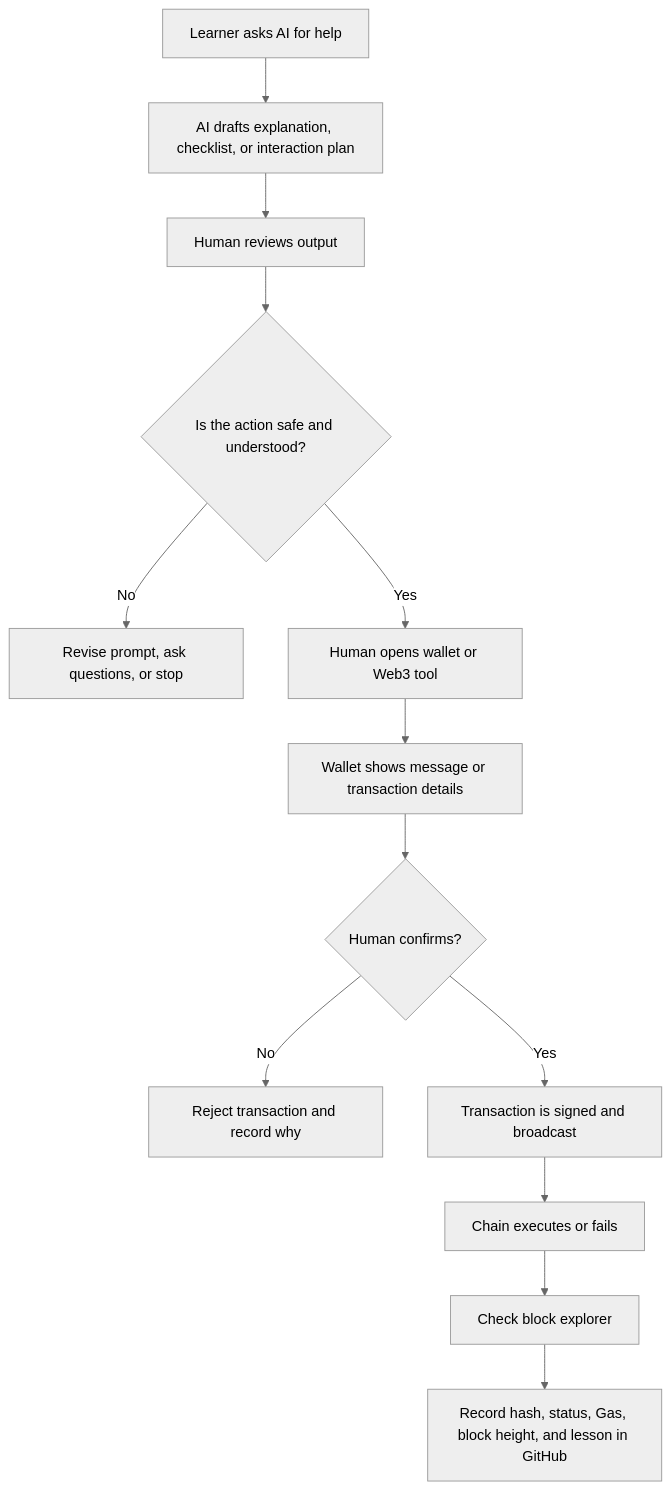
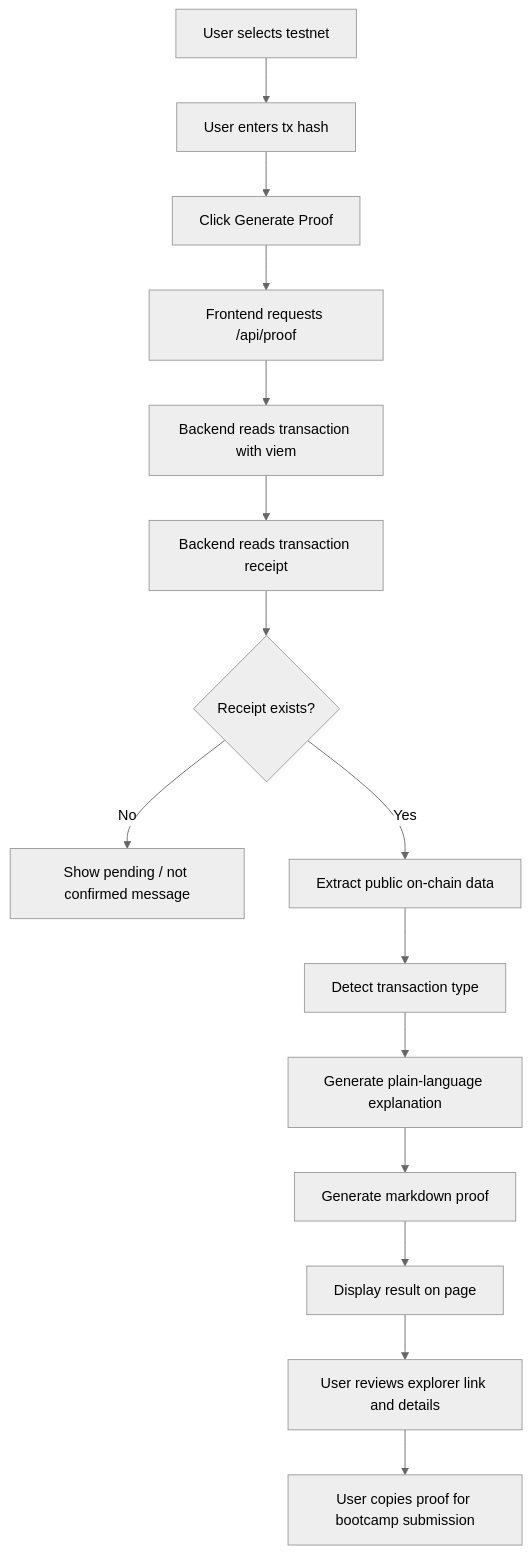
One commit to dylan070620/ai-web3-school-cohort-0 changed the diagram in demos/week-01-ai-web3-flow.md. Above: the diagram before and after it, drawn with Mermaid (neutral theme). The commit also changed other lines of this file and 1 other file, not shown here.

Commit message:
Add AI Web3 proof generator flow

````diff
--- a/demos/week-01-ai-web3-flow.md
+++ b/demos/week-01-ai-web3-flow.md
@@ -5,15 +42,17 @@
 ```mermaid
 flowchart TD
-    A["Learner asks AI for help"] --> B["AI drafts explanation, checklist, or interaction plan"]
-    B --> C["Human reviews output"]
-    C --> D{"Is the action safe and understood?"}
-    D -- "No" --> E["Revise prompt, ask questions, or stop"]
-    D -- "Yes" --> F["Human opens wallet or Web3 tool"]
-    F --> G["Wallet shows message or transaction details"]
-    G --> H{"Human confirms?"}
-    H -- "No" --> I["Reject transaction and record why"]
-    H -- "Yes" --> J["Transaction is signed and broadcast"]
-    J --> K["Chain executes or fails"]
-    K --> L["Check block explorer"]
-    L --> M["Record hash, status, Gas, block height, and lesson in GitHub"]
+    A["User selects testnet"] --> B["User enters tx hash"]
+    B --> C["Click Generate Proof"]
+    C --> D["Frontend requests /api/proof"]
+    D --> E["Backend reads transaction with viem"]
+    E --> F["Backend reads transaction receipt"]
+    F --> G{"Receipt exists?"}
+    G -- "No" --> H["Show pending / not confirmed message"]
+    G -- "Yes" --> I["Extract public on-chain data"]
+    I --> J["Detect transaction type"]
+    J --> K["Generate plain-language explanation"]
+    K --> L["Generate markdown proof"]
+    L --> M["Display result on page"]
+    M --> N["User reviews explorer link and details"]
+    N --> O["User copies proof for bootcamp submission"]
 ```
````
